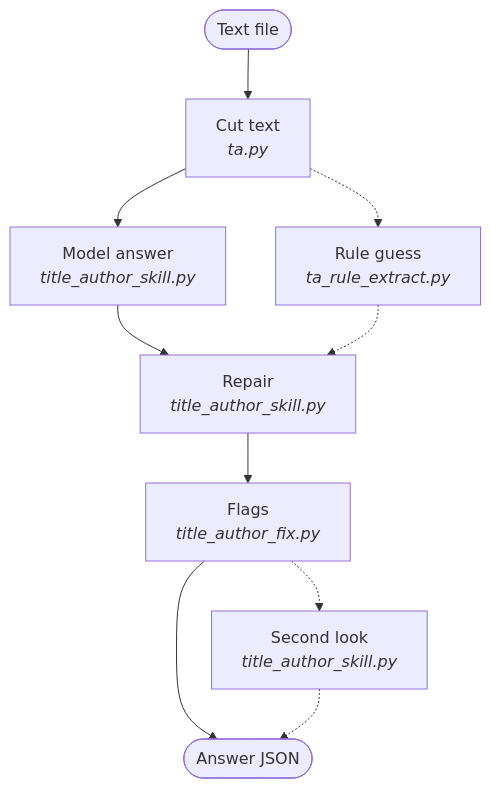
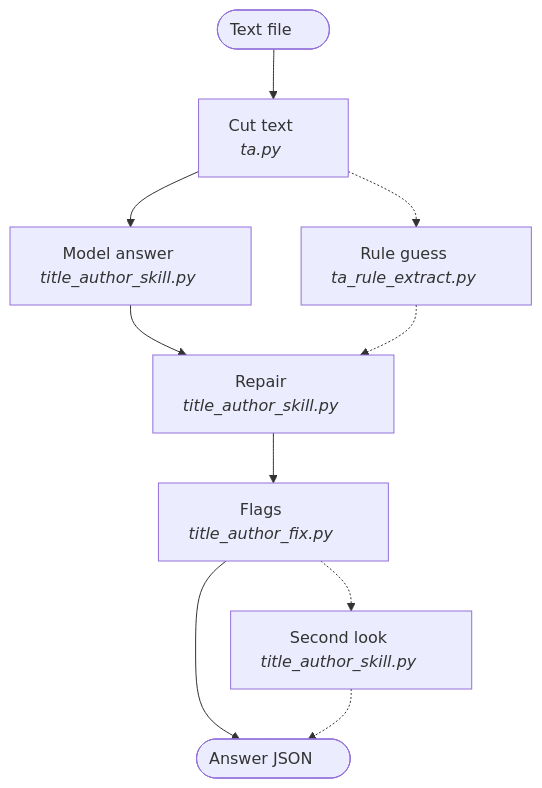
One commit to tenzinyonten/tibetan-layer-detection changed the second of 2 diagrams in title_author/README.md. Above: the diagram before and after it, drawn with Mermaid. The commit also changed other lines of this file and 8 other files, not shown here.

Commit message:
Add padding to flowchart labels so GitHub does not clip them

````diff
--- a/title_author/README.md
+++ b/title_author/README.md
@@ -115,12 +115,12 @@
 ```mermaid
 flowchart TD
-  K1(["Text file"]) --> K2["Cut text<br/><i>ta.py</i>"]
-  K2 --> K3["Model answer<br/><i>title_author_skill.py</i>"]
-  K2 -.-> K4["Rule guess<br/><i>ta_rule_extract.py</i>"]
-  K3 --> K5["Repair<br/><i>title_author_skill.py</i>"]
+  K1(["Text file&nbsp;&nbsp;&nbsp;&nbsp;&nbsp;"]) --> K2["Cut text&nbsp;&nbsp;&nbsp;&nbsp;&nbsp;<br/><i>ta.py&nbsp;&nbsp;&nbsp;&nbsp;&nbsp;</i>"]
+  K2 --> K3["Model answer&nbsp;&nbsp;&nbsp;&nbsp;&nbsp;<br/><i>title_author_skill.py&nbsp;&nbsp;&nbsp;&nbsp;&nbsp;</i>"]
+  K2 -.-> K4["Rule guess&nbsp;&nbsp;&nbsp;&nbsp;&nbsp;<br/><i>ta_rule_extract.py&nbsp;&nbsp;&nbsp;&nbsp;&nbsp;</i>"]
+  K3 --> K5["Repair&nbsp;&nbsp;&nbsp;&nbsp;&nbsp;<br/><i>title_author_skill.py&nbsp;&nbsp;&nbsp;&nbsp;&nbsp;</i>"]
   K4 -.-> K5
-  K5 --> K6["Flags<br/><i>title_author_fix.py</i>"]
-  K6 --> K8(["Answer JSON"])
-  K6 -.-> K7["Second look<br/><i>title_author_skill.py</i>"]
+  K5 --> K6["Flags&nbsp;&nbsp;&nbsp;&nbsp;&nbsp;<br/><i>title_author_fix.py&nbsp;&nbsp;&nbsp;&nbsp;&nbsp;</i>"]
+  K6 --> K8(["Answer JSON&nbsp;&nbsp;&nbsp;&nbsp;&nbsp;"])
+  K6 -.-> K7["Second look&nbsp;&nbsp;&nbsp;&nbsp;&nbsp;<br/><i>title_author_skill.py&nbsp;&nbsp;&nbsp;&nbsp;&nbsp;</i>"]
   K7 -.-> K8
 ```
````
